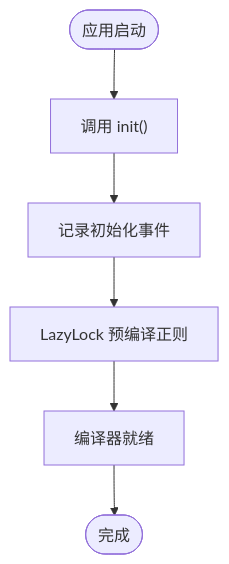
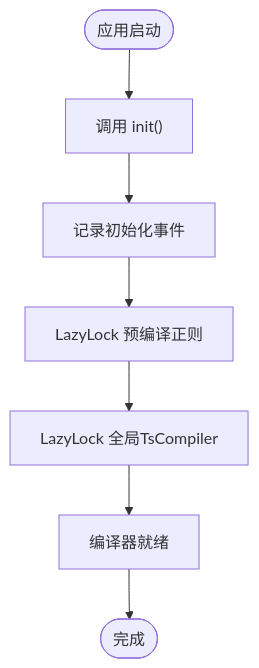
Before and after one commit to itszzl-sudo/iris: diagram 11 of 15 in .qoder/repowiki/zh/content/技术架构详解/即时转译系统/SFC编译器初始化机制.md, drawn with Mermaid. The commit also changed other lines of this file and 6 other files, not shown here.

````diff
--- a/.qoder/repowiki/zh/content/技术架构详解/即时转译系统/SFC编译器初始化机制.md
+++ b/.qoder/repowiki/zh/content/技术架构详解/即时转译系统/SFC编译器初始化机制.md
@@ -350,8 +414,9 @@
 ```mermaid
 flowchart TD
 Start([应用启动]) --> CallInit["调用 init()"]
 CallInit --> LogInit["记录初始化事件"]
 LogInit --> LazyRegex["LazyLock 预编译正则"]
-LazyRegex --> Ready["编译器就绪"]
+LazyRegex --> GlobalTsCompiler["LazyLock 全局TsCompiler"]
+GlobalTsCompiler --> Ready["编译器就绪"]
 Ready --> End([完成])
 ```
````
